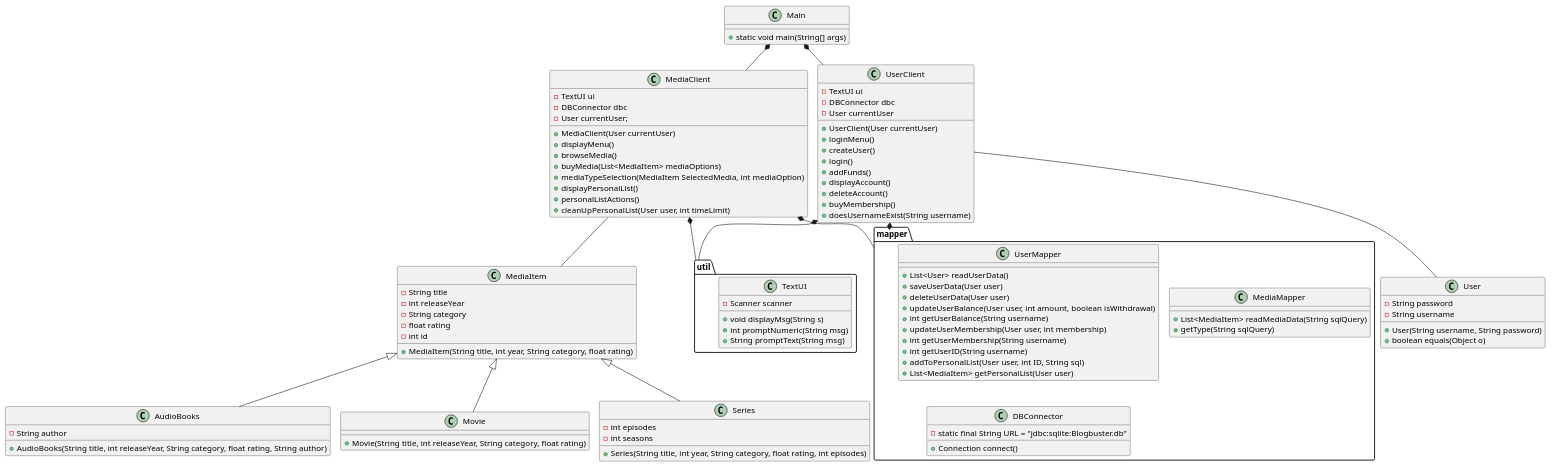
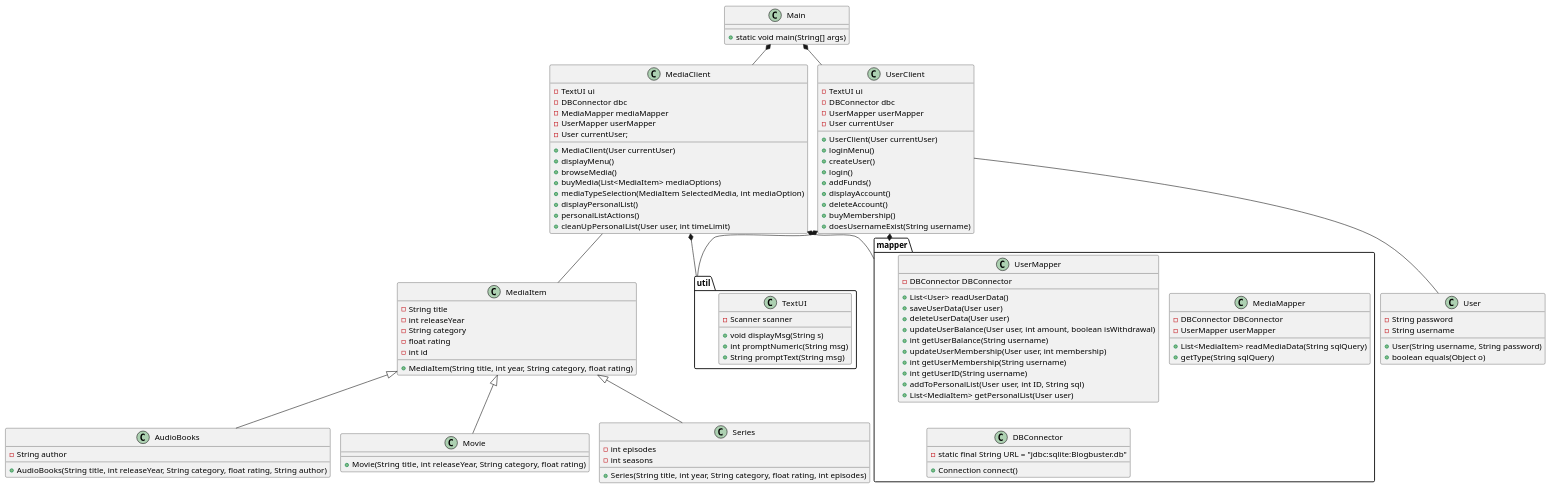
The diagram in docs/classdiagram_v0.puml (b-rino/ICE), drawn with PlantUML before and after one commit. The commit also changed 3 other files, not shown here.

Commit message:
Updated classdiagram

```diff
--- a/docs/classdiagram_v0.puml
+++ b/docs/classdiagram_v0.puml
@@ -1,121 +1,127 @@
 @startuml
 !pragma layout smetana
 
 class Main{
 + static void main(String[] args)
 
 }
 
 class MediaItem{
 - String title
 - int releaseYear
 - String category
 - float rating
 - int id
 +MediaItem(String title, int year, String category, float rating)
 
 }
 
 class MediaClient{
 -TextUI ui
 -DBConnector dbc
+- MediaMapper mediaMapper
+- UserMapper userMapper
 -User currentUser;
 +MediaClient(User currentUser)
 +displayMenu()
 +browseMedia()
 +buyMedia(List<MediaItem> mediaOptions)
 +mediaTypeSelection(MediaItem SelectedMedia, int mediaOption)
 +displayPersonalList()
 +personalListActions()
 +cleanUpPersonalList(User user, int timeLimit)
 }
 
 
 class User{
 -String password
 -String username
 +User(String username, String password)
 +boolean equals(Object o)
 }
 
 
 class Movie{
 
 + Movie(String title, int releaseYear, String category, float rating)
 }
 
 class Series{
 - int episodes
 - int seasons
 +Series(String title, int year, String category, float rating, int episodes)
 }
 
 class AudioBooks{
 - String author
 + AudioBooks(String title, int releaseYear, String category, float rating, String author)
 }
 
 
 class UserClient{
 -TextUI ui
 -DBConnector dbc
+- UserMapper userMapper
 -User currentUser
 +UserClient(User currentUser)
 +loginMenu()
 +createUser()
 +login()
 +addFunds()
 +displayAccount()
 +deleteAccount()
 +buyMembership()
 +doesUsernameExist(String username)
 }
 
 
 package "util" {
 class TextUI{
 - Scanner scanner
 +void displayMsg(String s)
 +int promptNumeric(String msg)
 +String promptText(String msg)
 }
 }
 
 package "mapper" {
 class UserMapper {
+- DBConnector DBConnector
 +List<User> readUserData()
 +saveUserData(User user)
 +deleteUserData(User user)
 +updateUserBalance(User user, int amount, boolean isWithdrawal)
 +int getUserBalance(String username)
 +updateUserMembership(User user, int membership)
 +int getUserMembership(String username)
 +int getUserID(String username)
 +addToPersonalList(User user, int ID, String sql)
 +List<MediaItem> getPersonalList(User user)
 
 }
 class MediaMapper {
+- DBConnector DBConnector
+- UserMapper userMapper
 +List<MediaItem> readMediaData(String sqlQuery)
 +getType(String sqlQuery)
 }
 class DBConnector{
 -static final String URL = "jdbc:sqlite:Blogbuster.db"
 +Connection connect()
 }
 }
 
 
 MediaItem<|--Series
 MediaItem <|-- Movie
 Main *-- MediaClient
 MediaClient *-- "util"
 MediaClient -- MediaItem
 Main *-- UserClient
 UserClient -- User
 UserClient *--"util"
 UserClient *-- "mapper"
 MediaClient *-- "mapper"
 MediaItem <|-- AudioBooks
 
 @enduml
```
